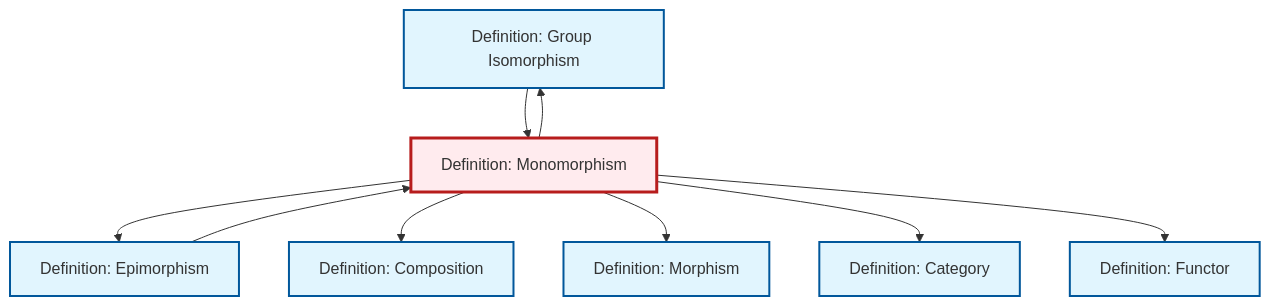
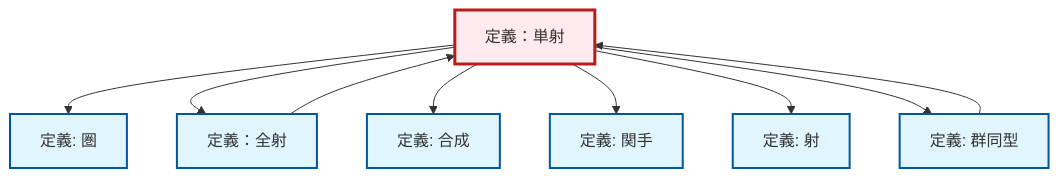
One commit to RK0429/ModernMath changed the diagram in content/ja/category-theory/def-monomorphism.qmd. Above: the diagram before and after it, drawn with Mermaid. The commit also changed 1069 other files, not shown here.

````diff
--- a/content/ja/category-theory/def-monomorphism.qmd
+++ b/content/ja/category-theory/def-monomorphism.qmd
@@ -96,31 +96,31 @@
 ```{mermaid}
 %%| fig-cap: "Local dependency graph"
 graph TD
     classDef definition fill:#e1f5fe,stroke:#01579b,stroke-width:2px
     classDef theorem fill:#f3e5f5,stroke:#4a148c,stroke-width:2px
     classDef axiom fill:#fff3e0,stroke:#e65100,stroke-width:2px
     classDef example fill:#e8f5e9,stroke:#1b5e20,stroke-width:2px
     classDef current fill:#ffebee,stroke:#b71c1c,stroke-width:3px
-    def-isomorphism["Definition: Group Isomorphism"]:::definition
-    def-functor["Definition: Functor"]:::definition
-    def-epimorphism["Definition: Epimorphism"]:::definition
-    def-category["Definition: Category"]:::definition
-    def-morphism["Definition: Morphism"]:::definition
-    def-composition["Definition: Composition"]:::definition
-    def-monomorphism["Definition: Monomorphism"]:::definition
+    def-monomorphism["定義：単射"]:::definition
+    def-category["定義: 圏"]:::definition
+    def-epimorphism["定義：全射"]:::definition
+    def-isomorphism["定義: 群同型"]:::definition
+    def-composition["定義: 合成"]:::definition
+    def-morphism["定義: 射"]:::definition
+    def-functor["定義: 関手"]:::definition
+    def-monomorphism --> def-category
     def-monomorphism --> def-epimorphism
     def-monomorphism --> def-composition
+    def-monomorphism --> def-functor
     def-monomorphism --> def-morphism
+    def-isomorphism --> def-monomorphism
+    def-monomorphism --> def-isomorphism
     def-epimorphism --> def-monomorphism
-    def-isomorphism --> def-monomorphism
-    def-monomorphism --> def-category
-    def-monomorphism --> def-isomorphism
-    def-monomorphism --> def-functor
     class def-monomorphism current
-    click def-isomorphism "def-isomorphism.html" "Definition: Group Isomorphismへ"
-    click def-functor "def-functor.html" "Definition: Functorへ"
-    click def-epimorphism "def-epimorphism.html" "Definition: Epimorphismへ"
-    click def-category "def-category.html" "Definition: Categoryへ"
-    click def-morphism "def-morphism.html" "Definition: Morphismへ"
-    click def-composition "def-composition.html" "Definition: Compositionへ"
+    click def-category "def-category.html" "圏の定義へ"
+    click def-epimorphism "def-epimorphism.html" "定義：全射へ"
+    click def-isomorphism "def-isomorphism.html" "群同型の定義へ"
+    click def-composition "def-composition.html" "合成の定義へ"
+    click def-morphism "def-morphism.html" "射の定義へ"
+    click def-functor "def-functor.html" "関手の定義へ"
 ```
````
